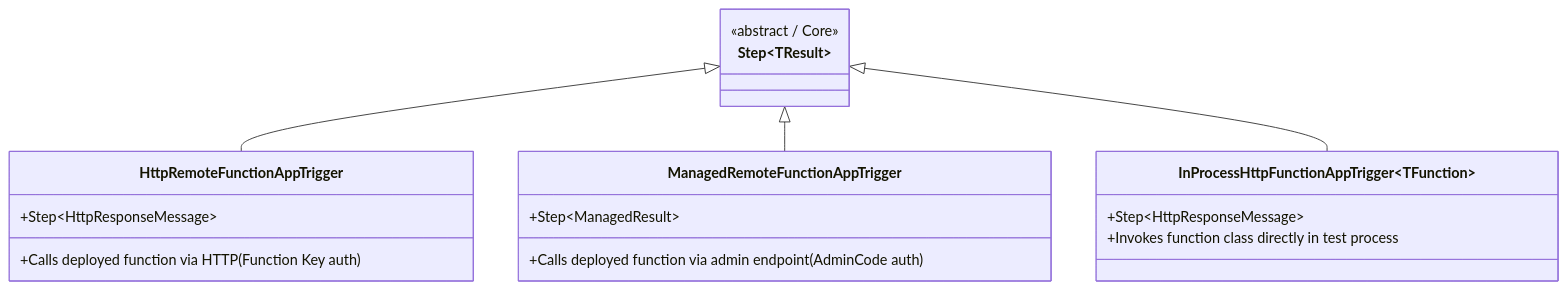
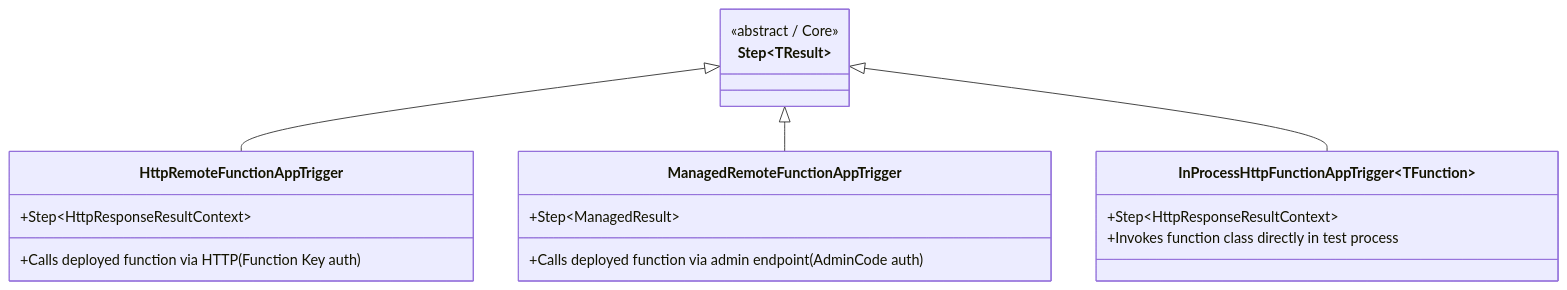
The sixth of 17 diagrams in Documentation/Arc42.md (DeadMoon0/TestFramework-Azure), drawn with Mermaid before and after one commit. The commit also changed other lines of this file and 2 other files, not shown here.

````diff
--- a/Documentation/Arc42.md
+++ b/Documentation/Arc42.md
@@ -324,19 +324,19 @@
 ```mermaid
 classDiagram
     class Step~TResult~ {<<abstract / Core>>}
     class HttpRemoteFunctionAppTrigger {
-        +Step~HttpResponseMessage~
+        +Step~HttpResponseResultContext~
         +Calls deployed function via HTTP (Function Key auth)
     }
     class ManagedRemoteFunctionAppTrigger {
         +Step~ManagedResult~
         +Calls deployed function via admin endpoint (AdminCode auth)
     }
     class InProcessHttpFunctionAppTrigger~TFunction~ {
-        +Step~HttpResponseMessage~
+        +Step~HttpResponseResultContext~
         +Invokes function class directly in test process
     }
     Step~TResult~ <|-- HttpRemoteFunctionAppTrigger
     Step~TResult~ <|-- ManagedRemoteFunctionAppTrigger
     Step~TResult~ <|-- InProcessHttpFunctionAppTrigger~TFunction~
 ```
````
